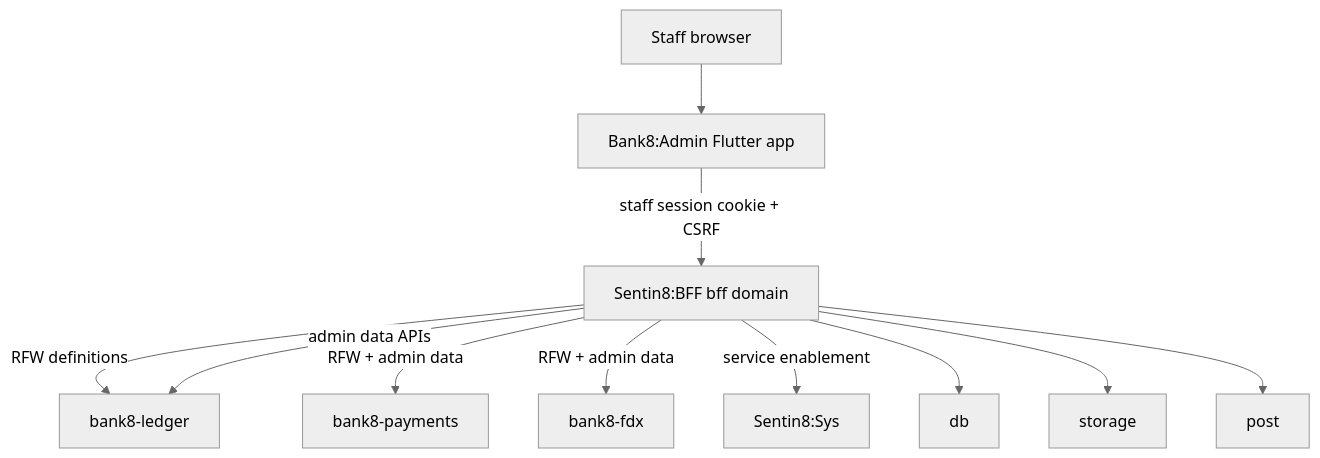
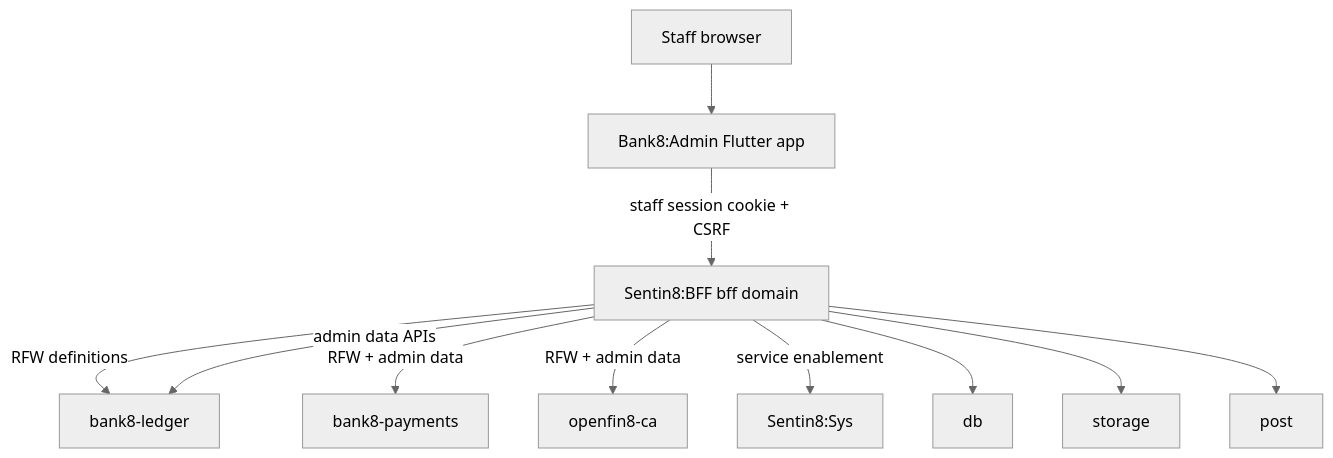
The first of 6 diagrams in docs/apps/admin/design.md (Bank8-dev/bank8-site), drawn with Mermaid (neutral theme) before and after one commit. The commit also changed other lines of this file and 4 other files, not shown here.

First line of the commit message:
refactor(FDXNAME-1): the open-banking vertical is OpenFin8 - the retired bank8-fdx name purged tree-wide

````diff
--- a/docs/apps/admin/design.md
+++ b/docs/apps/admin/design.md
@@ -27,13 +27,13 @@
 ```mermaid
 graph TD
     ST[Staff browser] --> AD[Bank8:Admin Flutter app]
     AD -->|staff session cookie + CSRF| BFF[Sentin8:BFF bff domain]
     BFF -->|RFW definitions| LED[bank8-ledger]
     BFF -->|admin data APIs| LED
     BFF -->|RFW + admin data| PAY[bank8-payments]
-    BFF -->|RFW + admin data| FDX[bank8-fdx]
+    BFF -->|RFW + admin data| FDX[openfin8-ca]
     BFF -->|service enablement| SYS[Sentin8:Sys]
     BFF --> DB[db]
     BFF --> STG[storage]
     BFF --> POST[post]
 ```
````
